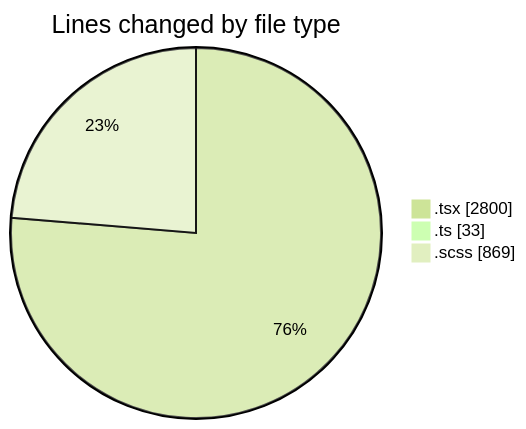
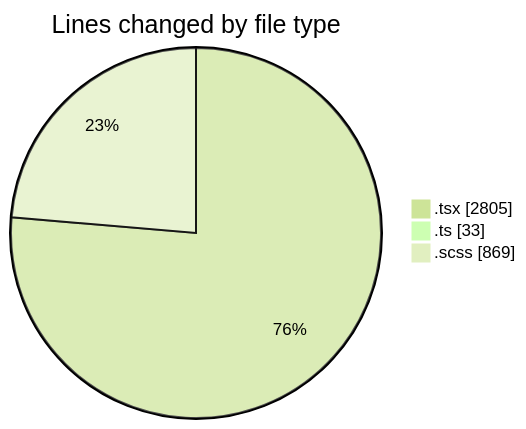
Before and after one commit to momahboobian/code-tracking: the first of 2 diagrams in 2025-02-12/cda/README.md, drawn with Mermaid (forest theme). The commit also changed other lines of this file and 1 other file, not shown here.

````diff
--- a/2025-02-12/cda/README.md
+++ b/2025-02-12/cda/README.md
@@ -30,7 +30,7 @@
 ```mermaid
 pie showData
 title Lines changed by file type
-".tsx" : 2800
+".tsx" : 2805
 ".ts" : 33
 ".scss" : 869
 ```
````
